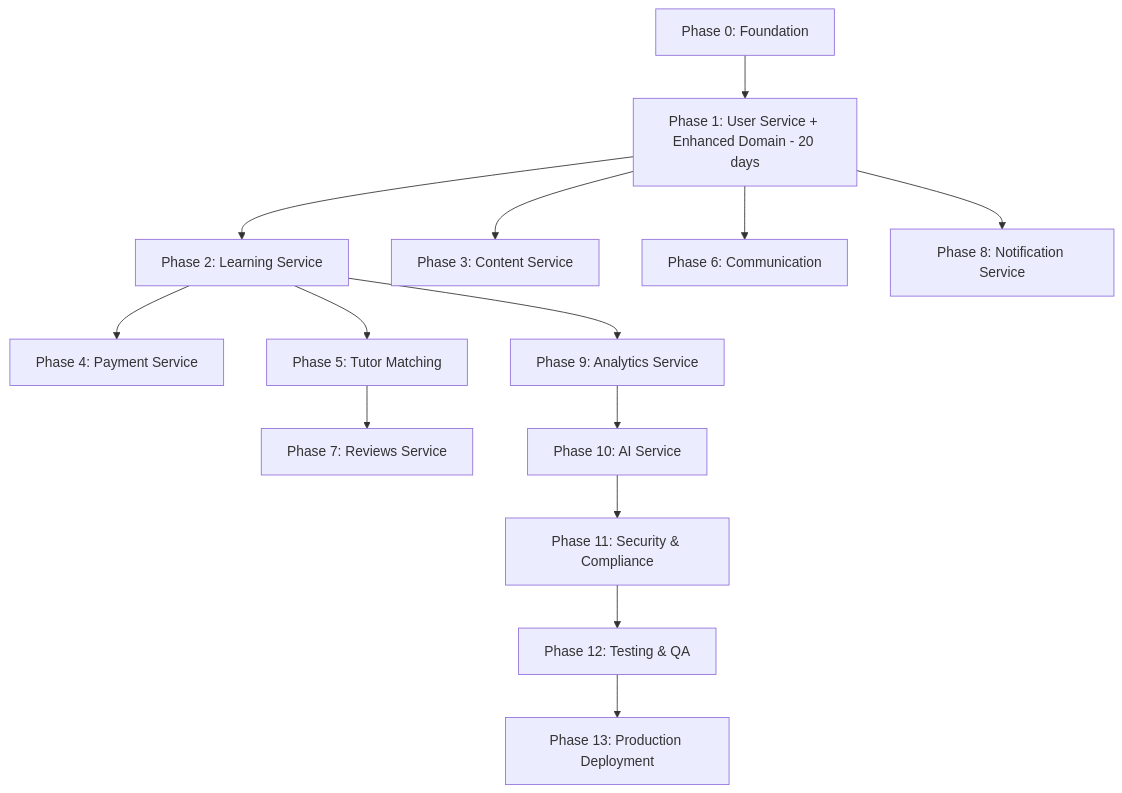
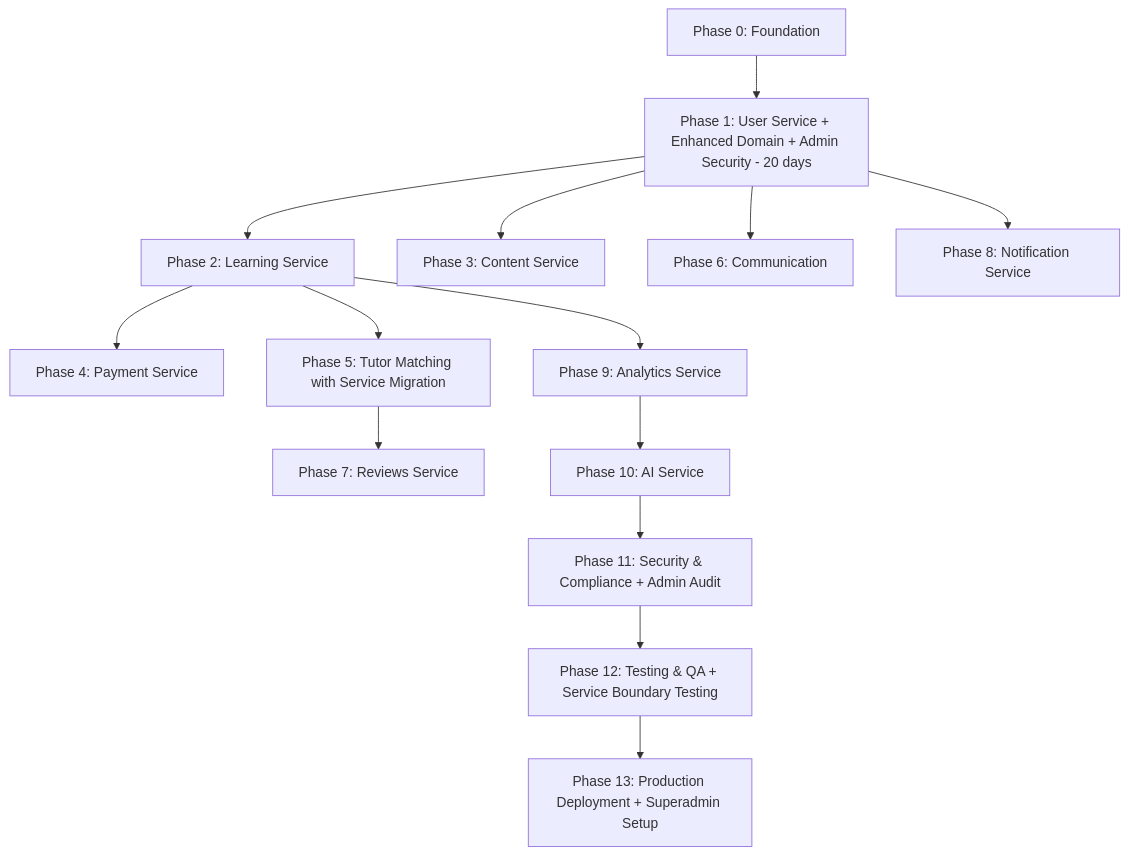
Before and after one commit to PashaNaumencko/edtech-platform-backend: the diagram in .implementation-plan/README.md, drawn with Mermaid. The commit also changed other lines of this file and 22 other files, not shown here.

````diff
--- a/.implementation-plan/README.md
+++ b/.implementation-plan/README.md
@@ -484,16 +534,16 @@
 ```mermaid
 graph TD
-    P0[Phase 0: Foundation] --> P1[Phase 1: User Service + Enhanced Domain - 20 days]
+    P0[Phase 0: Foundation] --> P1[Phase 1: User Service + Enhanced Domain + Admin Security - 20 days]
     P1 --> P2[Phase 2: Learning Service]
     P1 --> P3[Phase 3: Content Service]
     P2 --> P4[Phase 4: Payment Service]
-    P2 --> P5[Phase 5: Tutor Matching]
+    P2 --> P5[Phase 5: Tutor Matching with Service Migration]
     P1 --> P6[Phase 6: Communication]
     P5 --> P7[Phase 7: Reviews Service]
     P1 --> P8[Phase 8: Notification Service]
     P2 --> P9[Phase 9: Analytics Service]
     P9 --> P10[Phase 10: AI Service]
-    P10 --> P11[Phase 11: Security & Compliance]
-    P11 --> P12[Phase 12: Testing & QA]
-    P12 --> P13[Phase 13: Production Deployment]
+    P10 --> P11[Phase 11: Security & Compliance + Admin Audit]
+    P11 --> P12[Phase 12: Testing & QA + Service Boundary Testing]
+    P12 --> P13[Phase 13: Production Deployment + Superadmin Setup]
 ```
````
